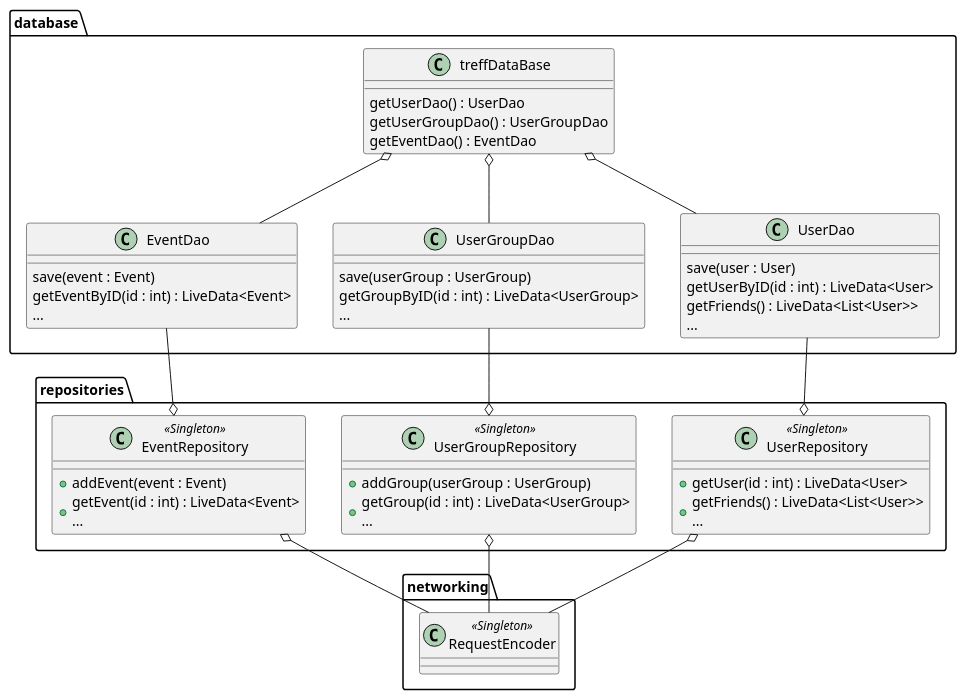
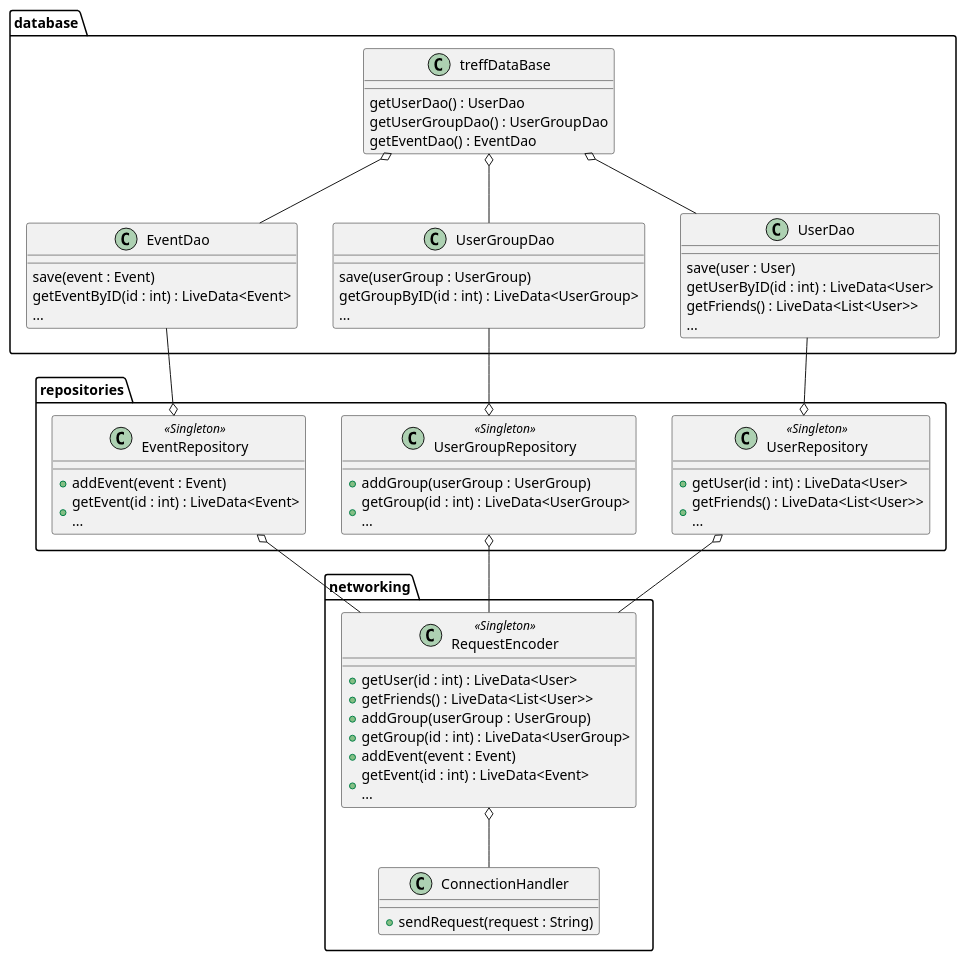
The diagram in client/app/src/main/java/org/pispeb/treff_client/model.puml (V0G3L/treff.), drawn with PlantUML before and after one commit. The commit also changed 6 other files, not shown here.

```diff
--- a/client/app/src/main/java/org/pispeb/treff_client/model.puml
+++ b/client/app/src/main/java/org/pispeb/treff_client/model.puml
@@ -1,58 +1,68 @@
 @startuml
 
 package database {
     class "UserDao" as UD {
         save(user : User)
         getUserByID(id : int) : LiveData<User>
         getFriends() : LiveData<List<User>>\n...
     }
     class "UserGroupDao" as UGD {
         save(userGroup : UserGroup)
         getGroupByID(id : int) : LiveData<UserGroup>\n...
     }
     class "EventDao" as ED {
         save(event : Event)
         getEventByID(id : int) : LiveData<Event>\n...
     }
     class "treffDataBase" as DB {
         getUserDao() : UserDao
         getUserGroupDao() : UserGroupDao
         getEventDao() : EventDao
     }
 }
 
 package repositories {
     class "UserRepository" as UR <<Singleton>> {
         +getUser(id : int) : LiveData<User>
         +getFriends() : LiveData<List<User>>\n...
     }
     class "UserGroupRepository" as UGR <<Singleton>> {
         +addGroup(userGroup : UserGroup)
         +getGroup(id : int) : LiveData<UserGroup>\n...
     }
     class "EventRepository" as ER <<Singleton>> {
         +addEvent(event : Event)
         +getEvent(id : int) : LiveData<Event>\n...
     }
 }
 
 package networking {
     class "RequestEncoder" as RE <<Singleton>> {
-
+        +getUser(id : int) : LiveData<User>
+        +getFriends() : LiveData<List<User>>
+        +addGroup(userGroup : UserGroup)
+        +getGroup(id : int) : LiveData<UserGroup>
+        +addEvent(event : Event)
+        +getEvent(id : int) : LiveData<Event>\n...
+    }
+    class "ConnectionHandler" as CH {
+        +sendRequest(request : String)
     }
 }
 
 UR o-up- UD
 UGR o-up- UGD
 ER o-up- ED
 
 DB o-down- UD
 DB o-down- UGD
 DB o-down- ED
 
 UR o-down- RE
 UGR o-down- RE
 ER o-down- RE
 
+RE o-down- CH
+
 
 @enduml
```
